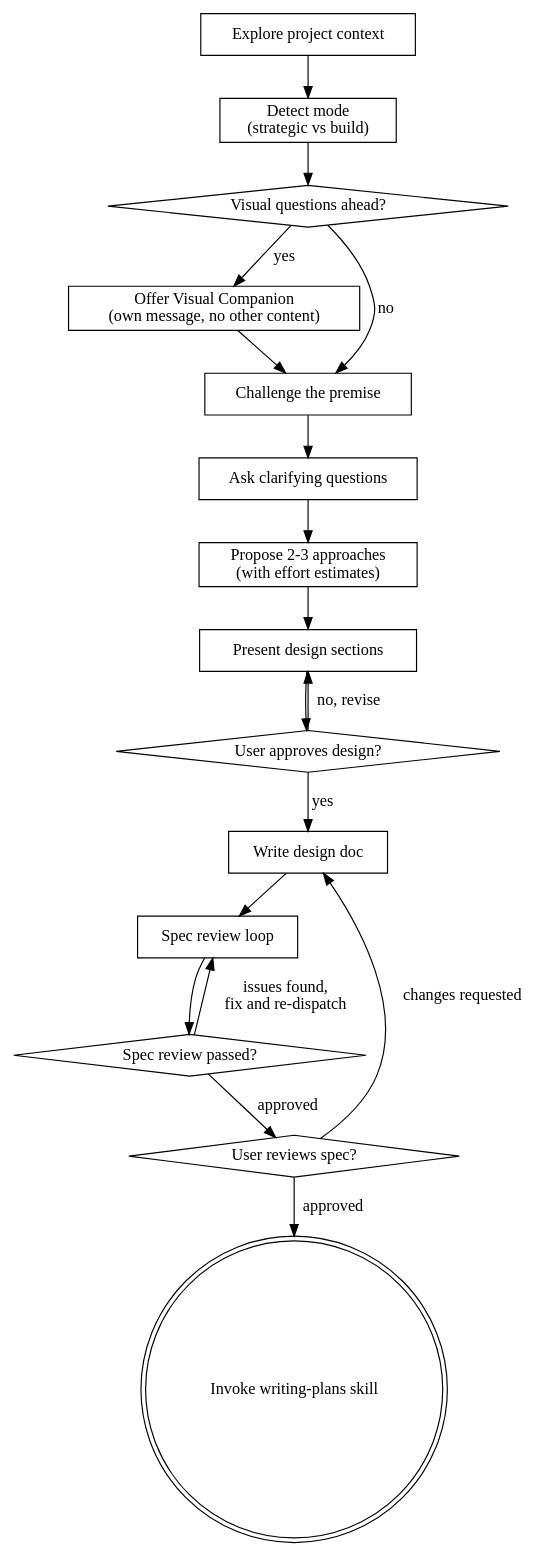
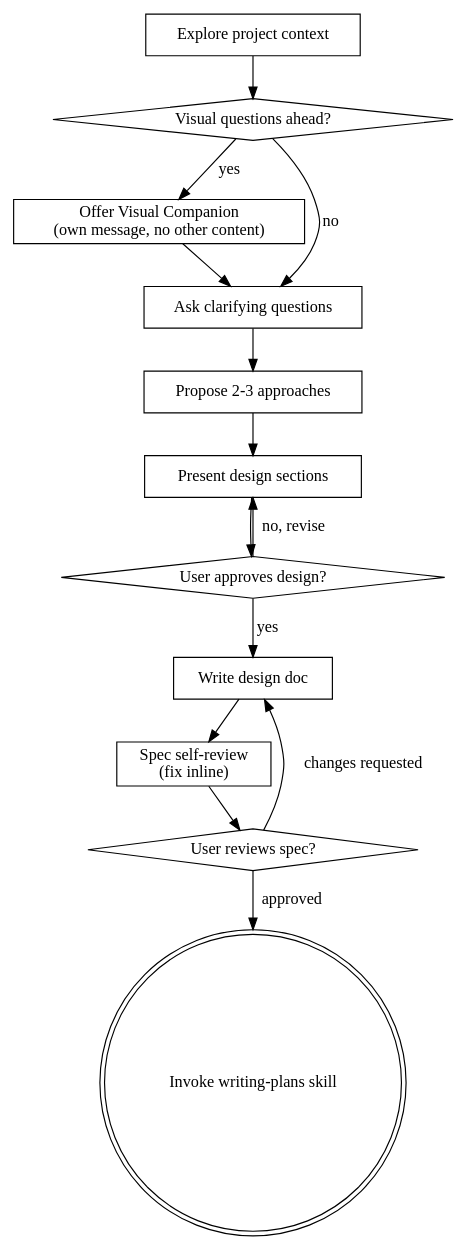
Before and after one commit to chris-yyau/busdriver: the diagram in skills/brainstorming/SKILL.md, drawn with Graphviz. The commit also changed other lines of this file and 89 other files, not shown here.

````diff
--- a/skills/brainstorming/SKILL.md
+++ b/skills/brainstorming/SKILL.md
@@ -43,36 +36,29 @@
 ```dot
 digraph brainstorming {
     "Explore project context" [shape=box];
-    "Detect mode\n(strategic vs build)" [shape=box];
     "Visual questions ahead?" [shape=diamond];
     "Offer Visual Companion\n(own message, no other content)" [shape=box];
-    "Challenge the premise" [shape=box];
     "Ask clarifying questions" [shape=box];
-    "Propose 2-3 approaches\n(with effort estimates)" [shape=box];
+    "Propose 2-3 approaches" [shape=box];
     "Present design sections" [shape=box];
     "User approves design?" [shape=diamond];
     "Write design doc" [shape=box];
-    "Spec review loop" [shape=box];
-    "Spec review passed?" [shape=diamond];
+    "Spec self-review\n(fix inline)" [shape=box];
     "User reviews spec?" [shape=diamond];
     "Invoke writing-plans skill" [shape=doublecircle];
 
-    "Explore project context" -> "Detect mode\n(strategic vs build)";
-    "Detect mode\n(strategic vs build)" -> "Visual questions ahead?";
+    "Explore project context" -> "Visual questions ahead?";
     "Visual questions ahead?" -> "Offer Visual Companion\n(own message, no other content)" [label="yes"];
-    "Visual questions ahead?" -> "Challenge the premise" [label="no"];
-    "Offer Visual Companion\n(own message, no other content)" -> "Challenge the premise";
-    "Challenge the premise" -> "Ask clarifying questions";
-    "Ask clarifying questions" -> "Propose 2-3 approaches\n(with effort estimates)";
-    "Propose 2-3 approaches\n(with effort estimates)" -> "Present design sections";
+    "Visual questions ahead?" -> "Ask clarifying questions" [label="no"];
+    "Offer Visual Companion\n(own message, no other content)" -> "Ask clarifying questions";
+    "Ask clarifying questions" -> "Propose 2-3 approaches";
+    "Propose 2-3 approaches" -> "Present design sections";
     "Present design sections" -> "User approves design?";
     "User approves design?" -> "Present design sections" [label="no, revise"];
     "User approves design?" -> "Write design doc" [label="yes"];
-    "Write design doc" -> "Spec review loop";
-    "Spec review loop" -> "Spec review passed?";
-    "Spec review passed?" -> "Spec review loop" [label="issues found,\nfix and re-dispatch"];
-    "Spec review passed?" -> "User reviews spec?" [label="approved"];
+    "Write design doc" -> "Spec self-review\n(fix inline)";
+    "Spec self-review\n(fix inline)" -> "User reviews spec?";
     "User reviews spec?" -> "Write design doc" [label="changes requested"];
     "User reviews spec?" -> "Invoke writing-plans skill" [label="approved"];
 }
 ```
````
